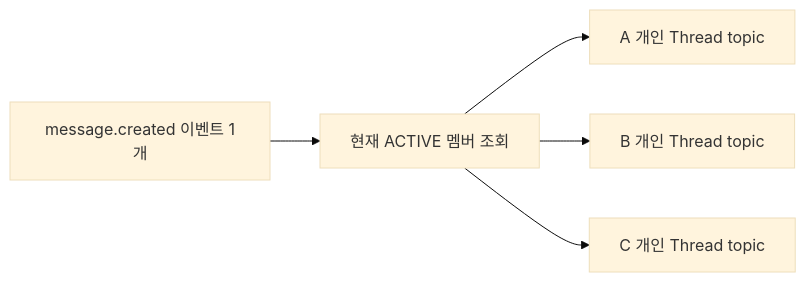
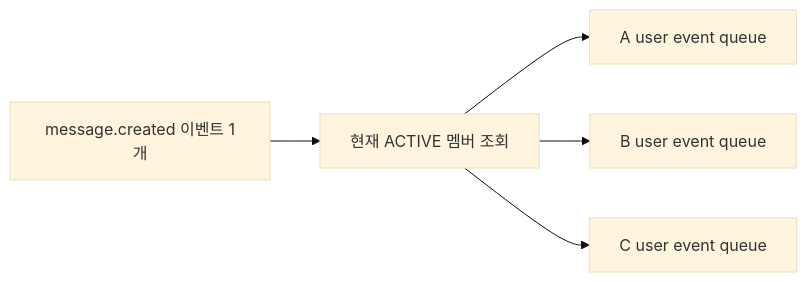
The fourth of 9 diagrams in docs/onboarding/community/community-thread-realtime-architecture.md (UMC-PRODUCT/cygnus-server), drawn with Mermaid (base theme) before and after one commit. The commit also changed other lines of this file and 37 other files, not shown here.

````diff
--- a/docs/onboarding/community/community-thread-realtime-architecture.md
+++ b/docs/onboarding/community/community-thread-realtime-architecture.md
@@ -308,7 +310,7 @@
 ```mermaid
 flowchart LR
     Event["message.created 이벤트 1개"] --> Recipients["현재 ACTIVE 멤버 조회"]
-    Recipients --> A["A 개인 Thread topic"]
-    Recipients --> B["B 개인 Thread topic"]
-    Recipients --> C["C 개인 Thread topic"]
+    Recipients --> A["A user event queue"]
+    Recipients --> B["B user event queue"]
+    Recipients --> C["C user event queue"]
 ```
````
